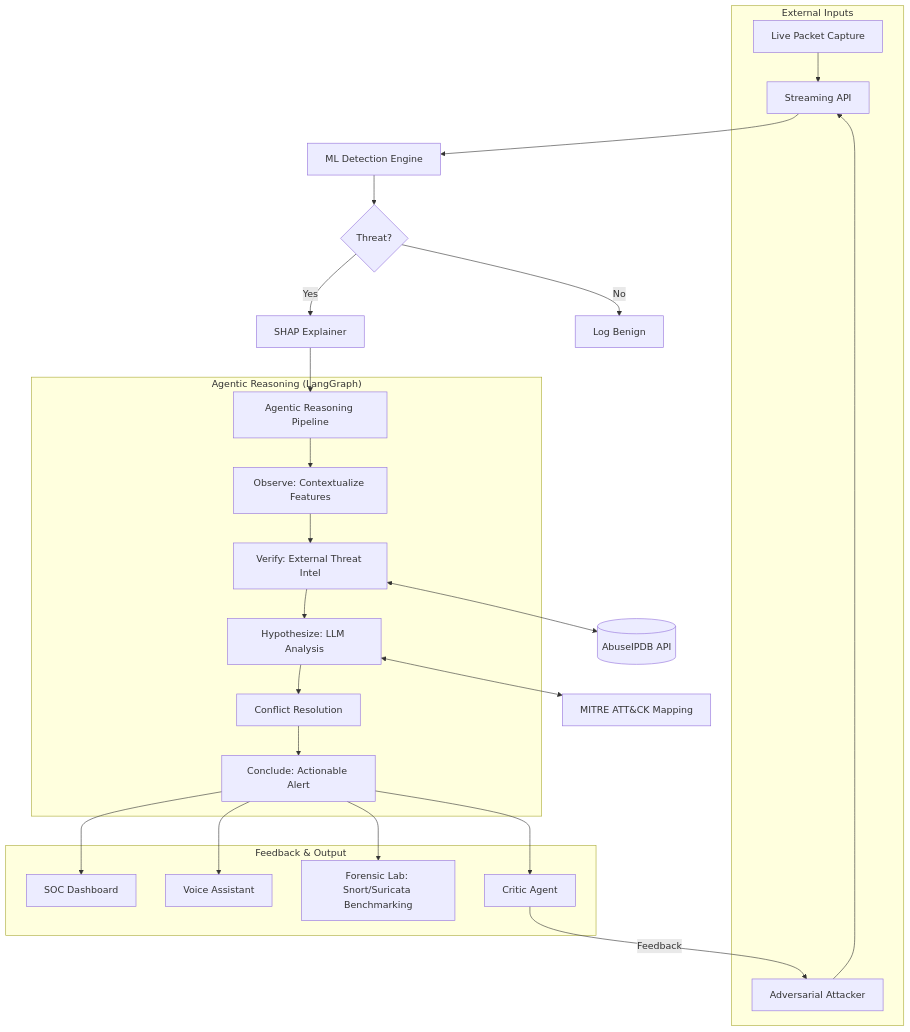
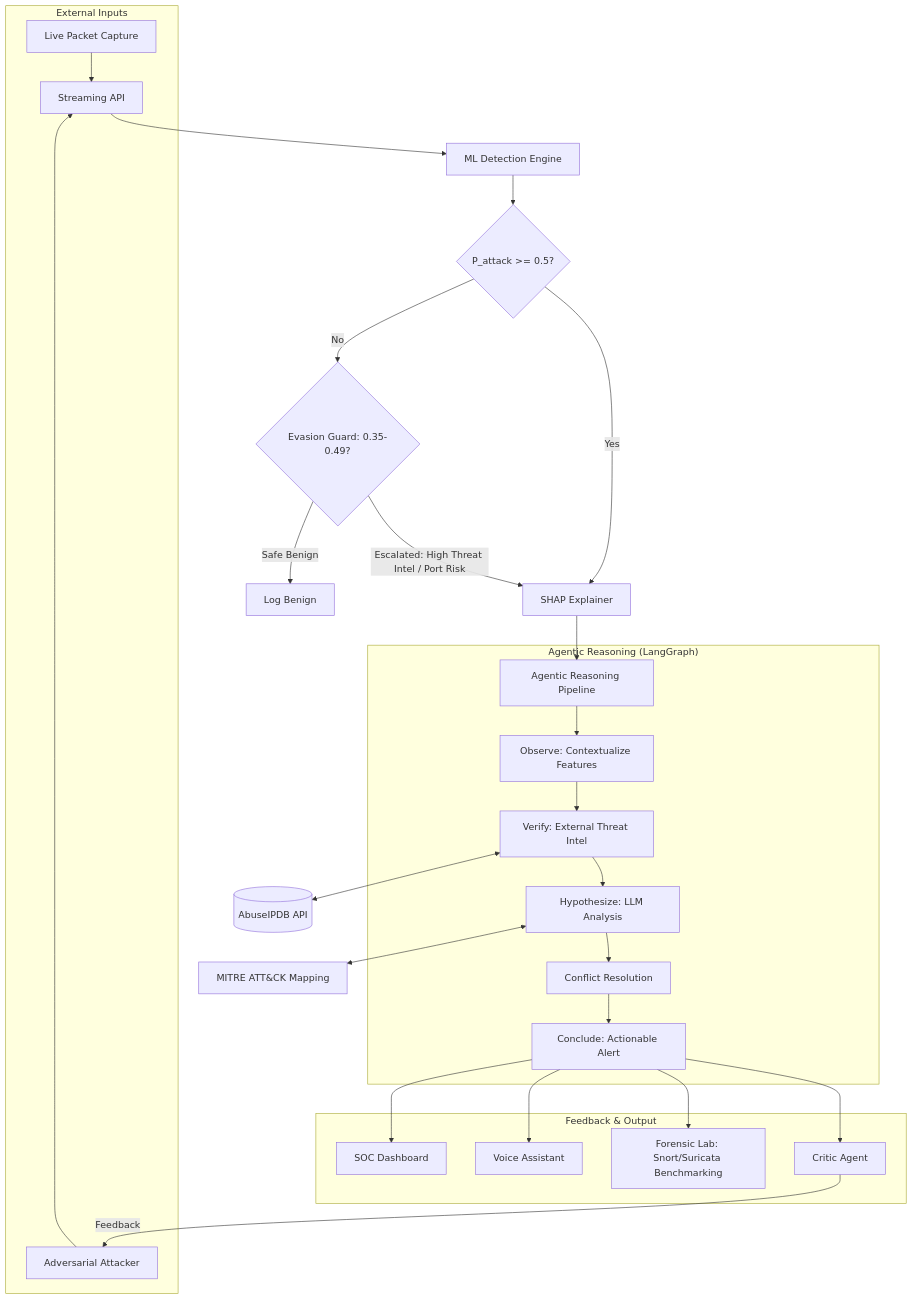
Before and after one commit to omerfarooq223/shap-agentic-ids: the diagram in README.md, drawn with Mermaid. The commit also changed 34 other files, not shown here.

Commit message:
feat: implement SHAP Evasion Guard, voice assistant personas, and React SOC dashboard

````diff
--- a/README.md
+++ b/README.md
@@ -27,32 +27,36 @@
 ```mermaid
 flowchart TD
     subgraph "External Inputs"
         Capture[Live Packet Capture] --> Pipe[Streaming API]
         RedTeam[Adversarial Attacker] --> Pipe
     end
 
     Pipe --> B[ML Detection Engine]
-    B --> C{Threat?}
-    C -- No --> D[Log Benign]
+    B --> C{P_attack >= 0.5?}
     C -- Yes --> E[SHAP Explainer]
+    C -- No --> EG{Evasion Guard: 0.35-0.49?}
+    
+    EG -- Safe Benign --> D[Log Benign]
+    EG -- Escalated: High Threat Intel / Port Risk --> E
+    
     E --> F[Agentic Reasoning Pipeline]
     
     subgraph "Agentic Reasoning (LangGraph)"
         F --> G[Observe: Contextualize Features]
         G --> H[Verify: External Threat Intel]
         H --> I[Hypothesize: LLM Analysis]
         I --> J[Conflict Resolution]
         J --> K[Conclude: Actionable Alert]
     end
     
     subgraph "Feedback & Output"
         K --> L[SOC Dashboard]
         K --> O[Voice Assistant]
         K --> P[Forensic Lab: Snort/Suricata Benchmarking]
         K --> Q[Critic Agent]
         Q -->|Feedback| RedTeam
     end
     
     H <--> M[(AbuseIPDB API)]
     I <--> N[MITRE ATT&CK Mapping]
 ```
````
